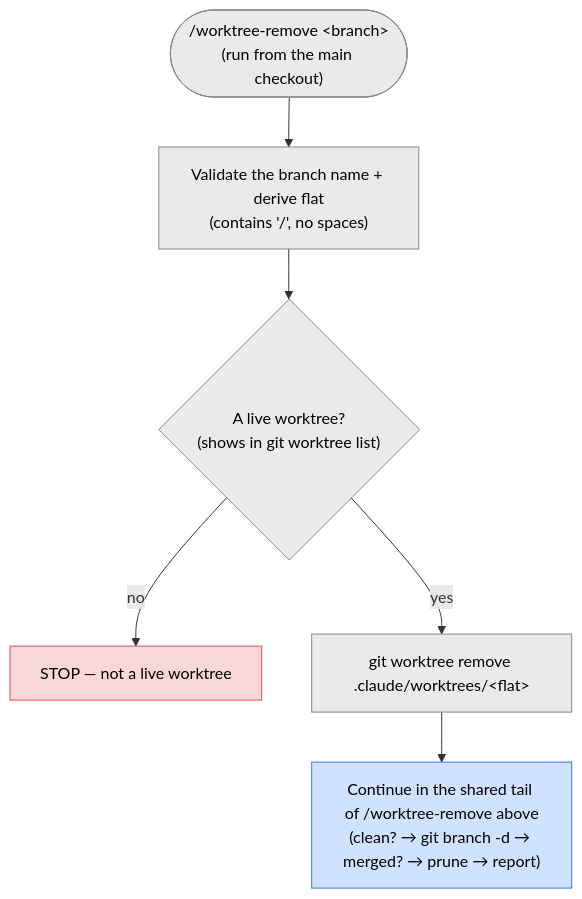
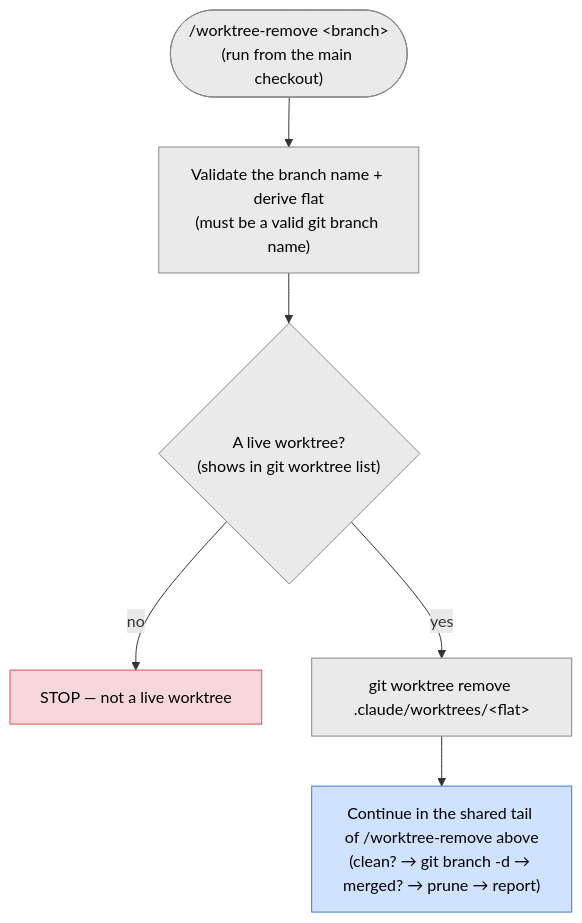
One commit to pilniczek/worktree-toolbox changed the second of 2 diagrams in worktree-per-issue/docs/worktree-remove.md. Above: the diagram before and after it, drawn with Mermaid. The commit also changed 6 other files, not shown here.

````diff
--- a/worktree-per-issue/docs/worktree-remove.md
+++ b/worktree-per-issue/docs/worktree-remove.md
@@ -57,16 +57,16 @@
 ```mermaid
 flowchart TD
   start(["/worktree-remove &lt;branch&gt;<br/>(run from the main checkout)"])
-  start --> validate["Validate the branch name + derive flat<br/>(contains '/', no spaces)"]
+  start --> validate["Validate the branch name + derive flat<br/>(must be a valid git branch name)"]
   validate --> live{"A live worktree?<br/>(shows in git worktree list)"}
   live -->|"no"| stopB["STOP — not a live worktree"]
   live -->|"yes"| removedir["git worktree remove .claude/worktrees/&lt;flat&gt;"]
   removedir --> rest["Continue in the shared tail of /worktree-remove above<br/>(clean? → git branch -d → merged? → prune → report)"]
 
   classDef step fill:#eaeaea,stroke:#888,color:#000;
   classDef stop fill:#f8d7da,stroke:#d9534f,color:#000;
   classDef ref fill:#cfe2ff,stroke:#3d7bd6,color:#000;
   class start,validate,live,removedir step;
   class stopB stop;
   class rest ref;
 ```
````
